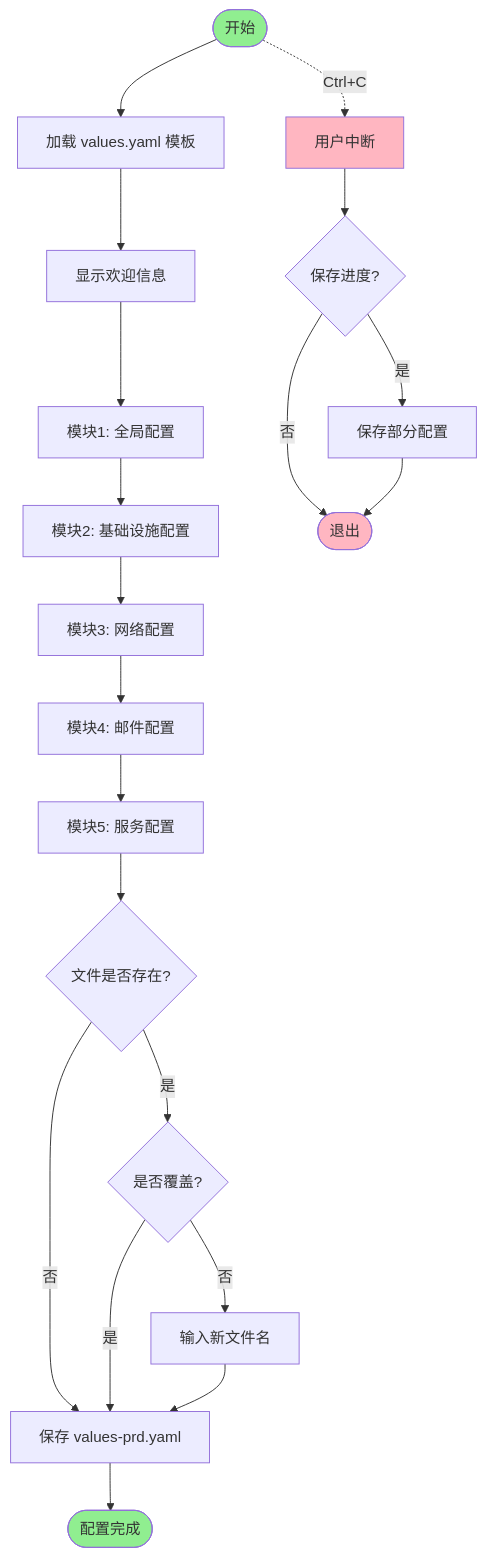
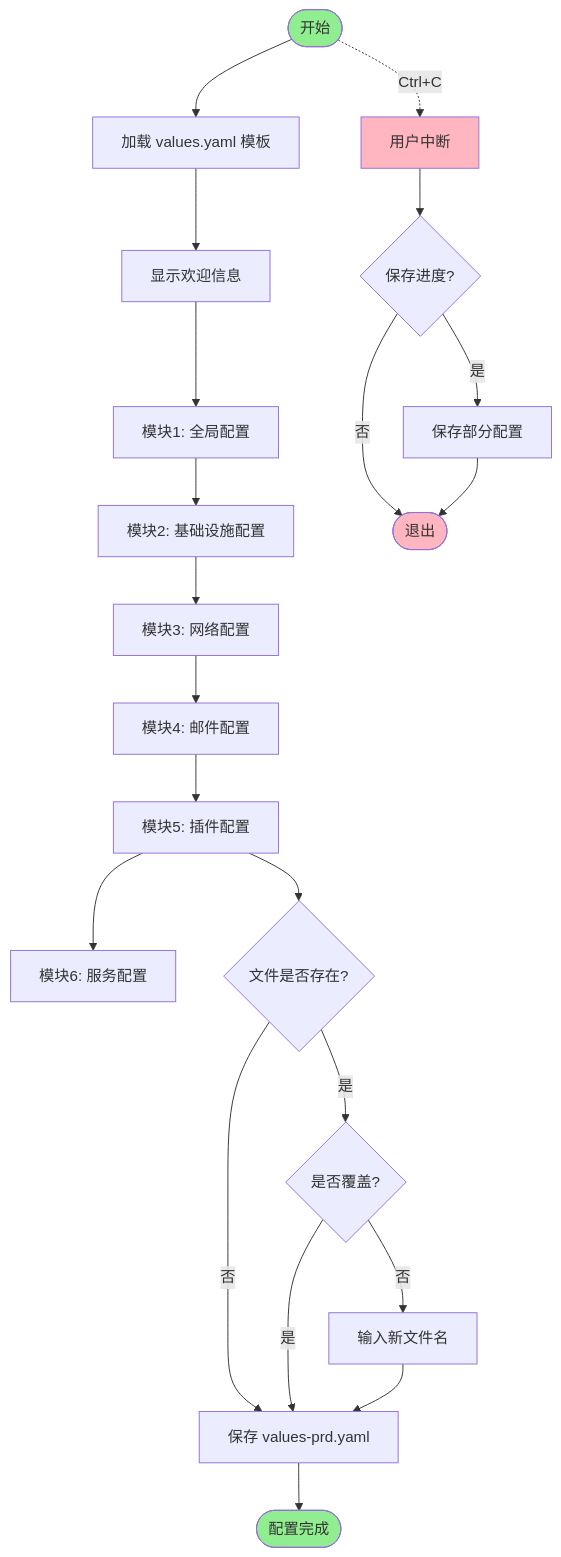
One commit to Petrus-Han/dify-ee-helm-chart-values-generator changed the first of 9 diagrams in docs/FLOWCHART.md. Above: the diagram before and after it, drawn with Mermaid. The commit also changed other lines of this file and 5 other files, not shown here.

````diff
--- a/docs/FLOWCHART.md
+++ b/docs/FLOWCHART.md
@@ -5,31 +5,32 @@
 ```mermaid
 flowchart TD
     Start([开始]) --> LoadTemplate[加载 values.yaml 模板]
     LoadTemplate --> ShowHeader[显示欢迎信息]
     ShowHeader --> Module1[模块1: 全局配置]
     
     Module1 --> Module2[模块2: 基础设施配置]
     Module2 --> Module3[模块3: 网络配置]
     Module3 --> Module4[模块4: 邮件配置]
-    Module4 --> Module5[模块5: 服务配置]
+    Module4 --> Module5[模块5: 插件配置]
+    Module5 --> Module6[模块6: 服务配置]
     
     Module5 --> CheckFile{文件是否存在?}
     CheckFile -->|是| AskOverwrite{是否覆盖?}
     CheckFile -->|否| SaveFile[保存 values-prd.yaml]
     AskOverwrite -->|是| SaveFile
     AskOverwrite -->|否| NewFileName[输入新文件名]
     NewFileName --> SaveFile
     
     SaveFile --> Success([配置完成])
     
     Start -.->|Ctrl+C| Interrupt[用户中断]
     Interrupt --> AskSave{保存进度?}
     AskSave -->|是| SavePartial[保存部分配置]
     AskSave -->|否| Exit([退出])
     SavePartial --> Exit
     
     style Start fill:#90EE90
     style Success fill:#90EE90
     style Exit fill:#FFB6C1
     style Interrupt fill:#FFB6C1
 ```
````
